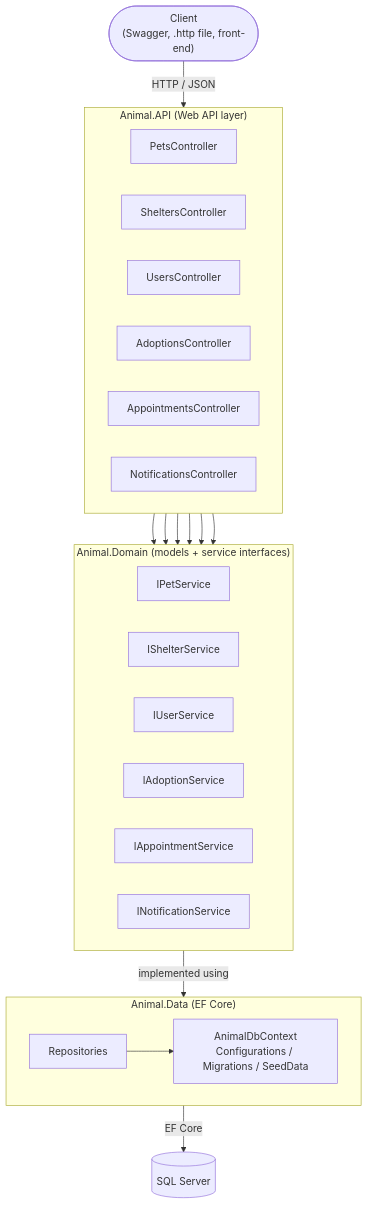
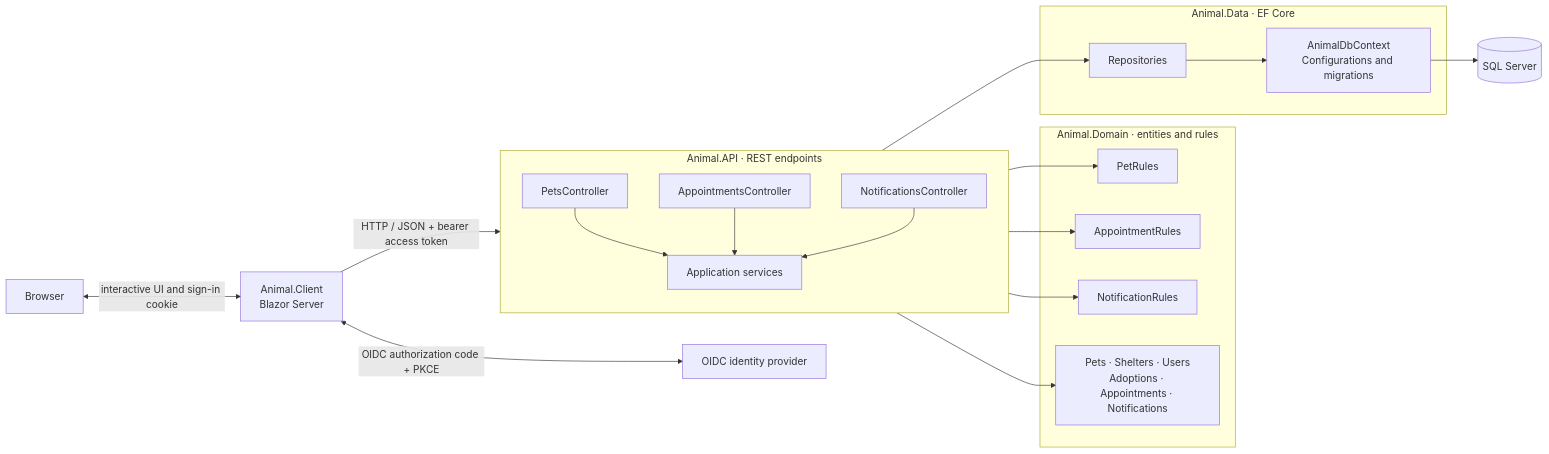
Before and after one commit to AidinYaseri/Team-5-Web-Programming: the diagram in docs/diagrams/service-diagram.mmd, drawn with Mermaid. The commit also changed 57 other files, not shown here.

Commit message:
WI-4/WI-10/WI-11: implement client, notifications, appointments, and docs

```diff
--- a/docs/diagrams/service-diagram.mmd
+++ b/docs/diagrams/service-diagram.mmd
@@ -1,43 +1,40 @@
-flowchart TB
-    Client(["Client<br/>(Swagger, .http file, front-end)"])
+flowchart LR
+    Browser[Browser]
+    Client[Animal.Client<br/>Blazor Server]
+    Identity[OIDC identity provider]
 
-    subgraph API["Animal.API  (Web API layer)"]
-        direction LR
-        PetsC[PetsController]
-        SheltersC[SheltersController]
-        UsersC[UsersController]
-        AdoptionsC[AdoptionsController]
-        AppointmentsC[AppointmentsController]
-        NotificationsC[NotificationsController]
+    subgraph API["Animal.API · REST endpoints"]
+        direction TB
+        Pets[PetsController]
+        Appointments[AppointmentsController]
+        Notifications[NotificationsController]
+        Services[Application services]
     end
 
-    subgraph DOMAIN["Animal.Domain  (models + service interfaces)"]
-        direction LR
-        PetS[IPetService]
-        ShelterS[IShelterService]
-        UserS[IUserService]
-        AdoptionS[IAdoptionService]
-        AppointmentS[IAppointmentService]
-        NotificationS[INotificationService]
+    subgraph DOMAIN["Animal.Domain · entities and rules"]
+        PetRules[PetRules]
+        AppointmentRules[AppointmentRules]
+        NotificationRules[NotificationRules]
+        Entities[Pets · Shelters · Users<br/>Adoptions · Appointments · Notifications]
     end
 
-    subgraph DATA["Animal.Data  (EF Core)"]
-        direction LR
-        Repos["Repositories"]
-        Ctx["AnimalDbContext<br/>Configurations / Migrations / SeedData"]
+    subgraph DATA["Animal.Data · EF Core"]
+        Repos[Repositories]
+        Context[AnimalDbContext<br/>Configurations and migrations]
     end
 
-    DB[("SQL Server")]
+    Database[(SQL Server)]
 
-    Client -->|HTTP / JSON| API
-
-    PetsC --> PetS
-    SheltersC --> ShelterS
-    UsersC --> UserS
-    AdoptionsC --> AdoptionS
-    AppointmentsC --> AppointmentS
-    NotificationsC --> NotificationS
-
-    DOMAIN -->|implemented using| DATA
-    Repos --> Ctx
-    DATA -->|EF Core| DB
+    Browser <-->|interactive UI and sign-in cookie| Client
+    Client <-->|OIDC authorization code + PKCE| Identity
+    Client -->|HTTP / JSON + bearer access token| API
+    Pets --> Services
+    Appointments --> Services
+    Notifications --> Services
+    Services --> PetRules
+    Services --> AppointmentRules
+    Services --> NotificationRules
+    Services --> Entities
+    Services --> Repos
+    Repos --> Context
+    Context --> Database
```
